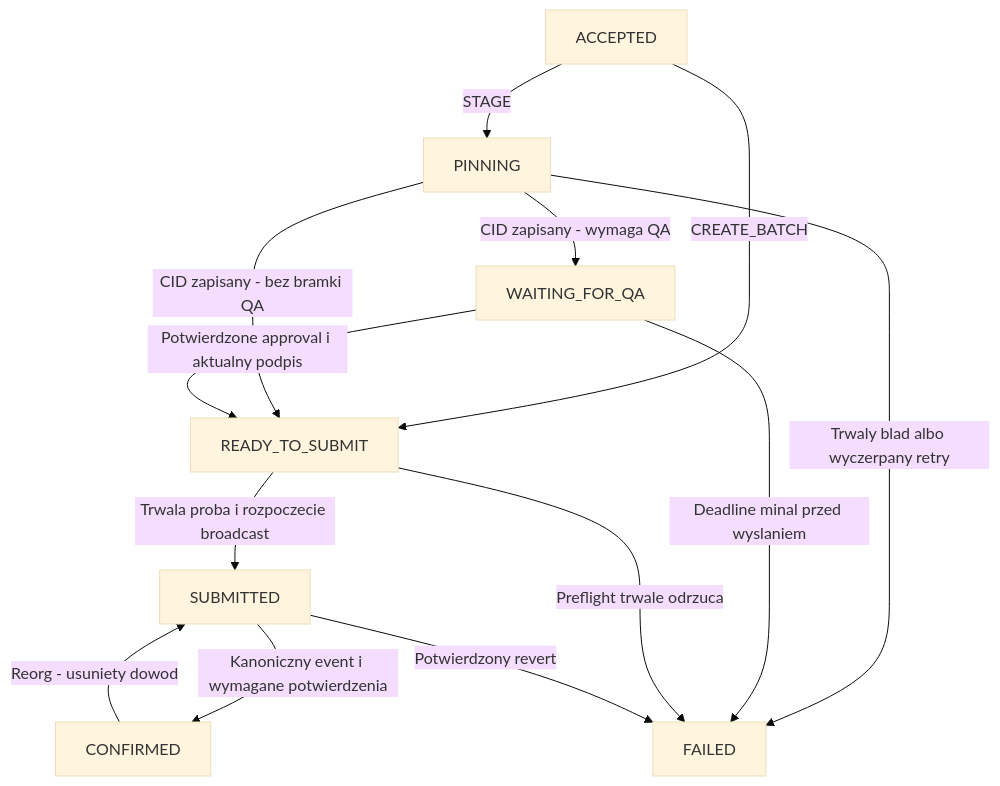
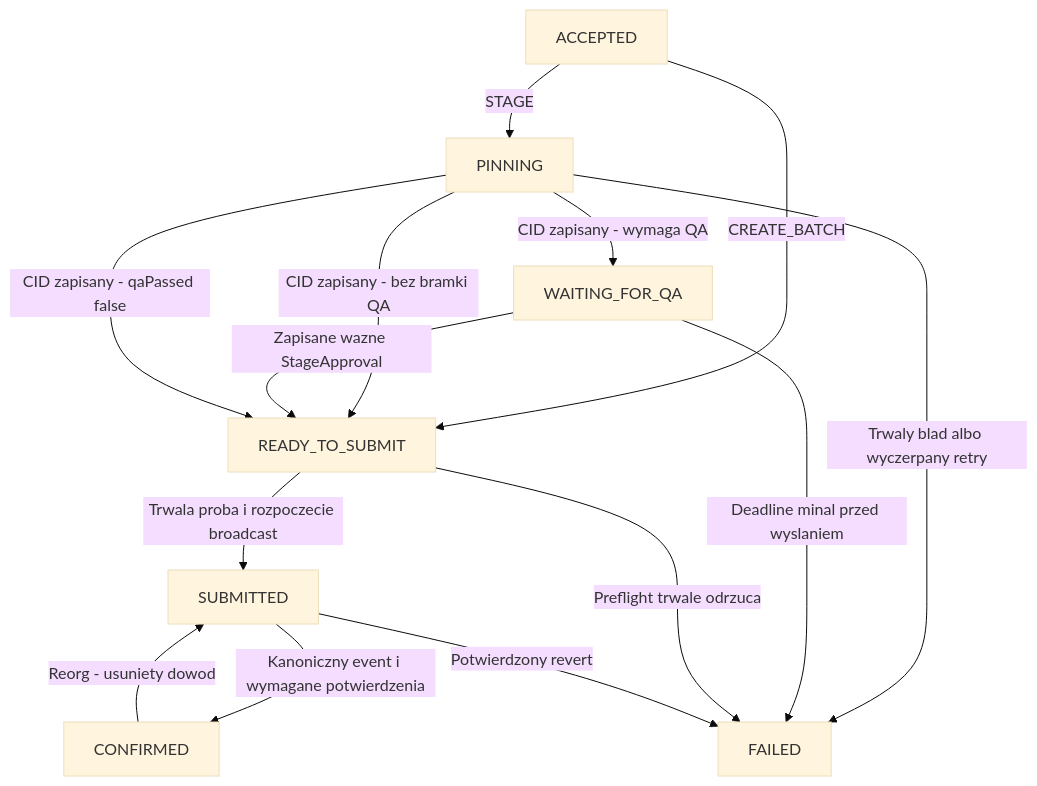
The second of 3 diagrams in docs/data-model.md (nimek06/PZ_supply_blockchain), drawn with Mermaid (base theme) before and after one commit. The commit also changed other lines of this file and 64 other files, not shown here.

````diff
--- a/docs/data-model.md
+++ b/docs/data-model.md
@@ -119,22 +118,23 @@
 ```mermaid
 flowchart TD
     AcceptedCmd["ACCEPTED"]
     PinningCmd["PINNING"]
     WaitingCmd["WAITING_FOR_QA"]
     ReadyCmd["READY_TO_SUBMIT"]
     SubmittedCmd["SUBMITTED"]
     ConfirmedCmd["CONFIRMED"]
     FailedCmd["FAILED"]
     AcceptedCmd -->|"STAGE"| PinningCmd
     AcceptedCmd -->|"CREATE_BATCH"| ReadyCmd
     PinningCmd -->|"CID zapisany - wymaga QA"| WaitingCmd
     PinningCmd -->|"CID zapisany - bez bramki QA"| ReadyCmd
-    WaitingCmd -->|"Potwierdzone approval i aktualny podpis"| ReadyCmd
+    WaitingCmd -->|"Zapisane wazne StageApproval"| ReadyCmd
+    PinningCmd -->|"CID zapisany - qaPassed false"| ReadyCmd
     ReadyCmd -->|"Trwala proba i rozpoczecie broadcast"| SubmittedCmd
     SubmittedCmd -->|"Kanoniczny event i wymagane potwierdzenia"| ConfirmedCmd
     PinningCmd -->|"Trwaly blad albo wyczerpany retry"| FailedCmd
     WaitingCmd -->|"Deadline minal przed wyslaniem"| FailedCmd
     ReadyCmd -->|"Preflight trwale odrzuca"| FailedCmd
     SubmittedCmd -->|"Potwierdzony revert"| FailedCmd
     ConfirmedCmd -->|"Reorg - usuniety dowod"| SubmittedCmd
 ```
````
